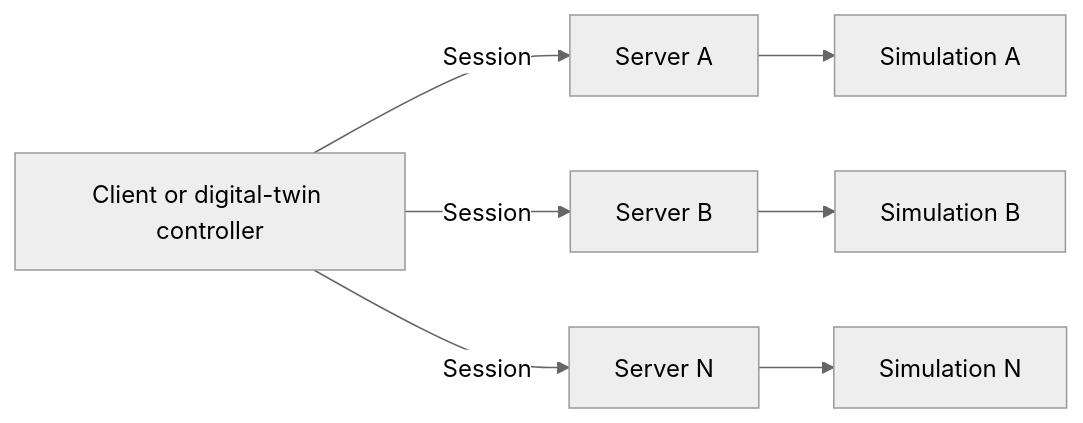
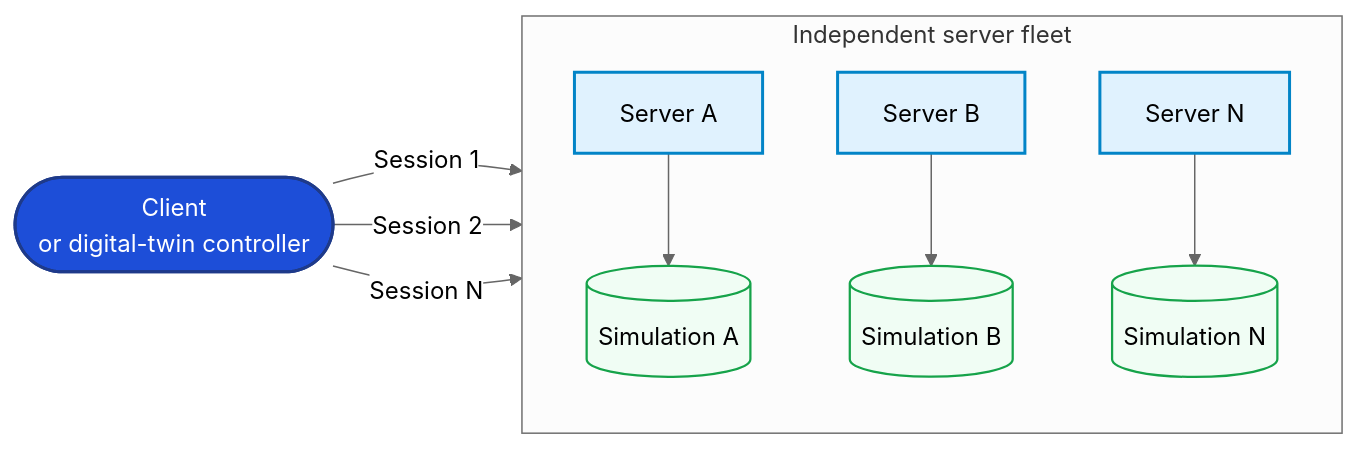
One commit to llnl/dr_evt changed the first of 2 diagrams in docs/user-guide/client-server-use-cases.md. Above: the diagram before and after it, drawn with Mermaid (neutral theme). The commit also changed 2 other files, not shown here.

Commit message:
docs: overview diagram added

````diff
--- a/docs/user-guide/client-server-use-cases.md
+++ b/docs/user-guide/client-server-use-cases.md
@@ -29,9 +29,22 @@
 ```{mermaid}
-graph LR
-    Client[Client or digital-twin controller] -->|Session| ServerA[Server A]
-    Client -->|Session| ServerB[Server B]
-    Client -->|Session| ServerN[Server N]
-    ServerA --> SimulationA[Simulation A]
-    ServerB --> SimulationB[Simulation B]
-    ServerN --> SimulationN[Simulation N]
+flowchart LR
+    Client([Client<br/>or digital-twin controller])
+
+    subgraph Fleet[Independent server fleet]
+        direction TB
+        ServerA[Server A] --> SimulationA[(Simulation A)]
+        ServerB[Server B] --> SimulationB[(Simulation B)]
+        ServerN[Server N] --> SimulationN[(Simulation N)]
+    end
+
+    Client -->|Session 1| ServerA
+    Client -->|Session 2| ServerB
+    Client -->|Session N| ServerN
+
+    classDef client fill:#1d4ed8,color:#fff,stroke:#1e3a8a,stroke-width:2px
+    classDef server fill:#e0f2fe,stroke:#0284c7,stroke-width:2px
+    classDef simulation fill:#f0fdf4,stroke:#16a34a,stroke-width:1.5px
+    class Client client
+    class ServerA,ServerB,ServerN server
+    class SimulationA,SimulationB,SimulationN simulation
 ```
````
